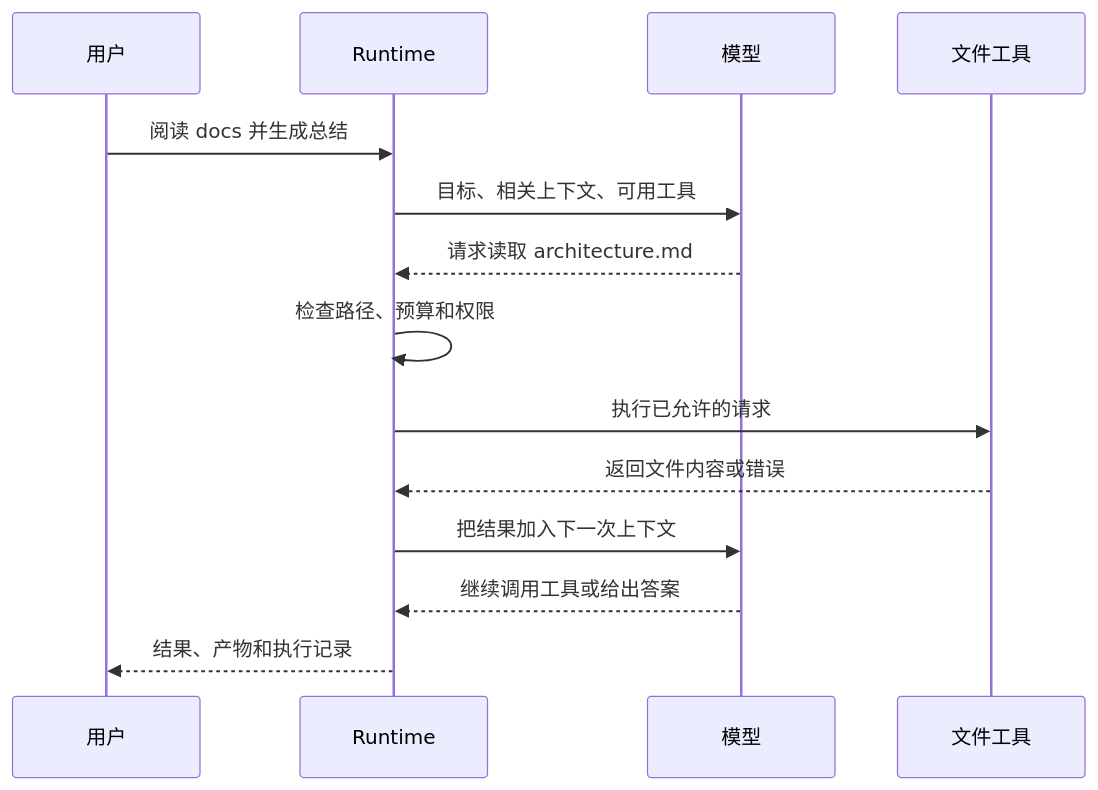
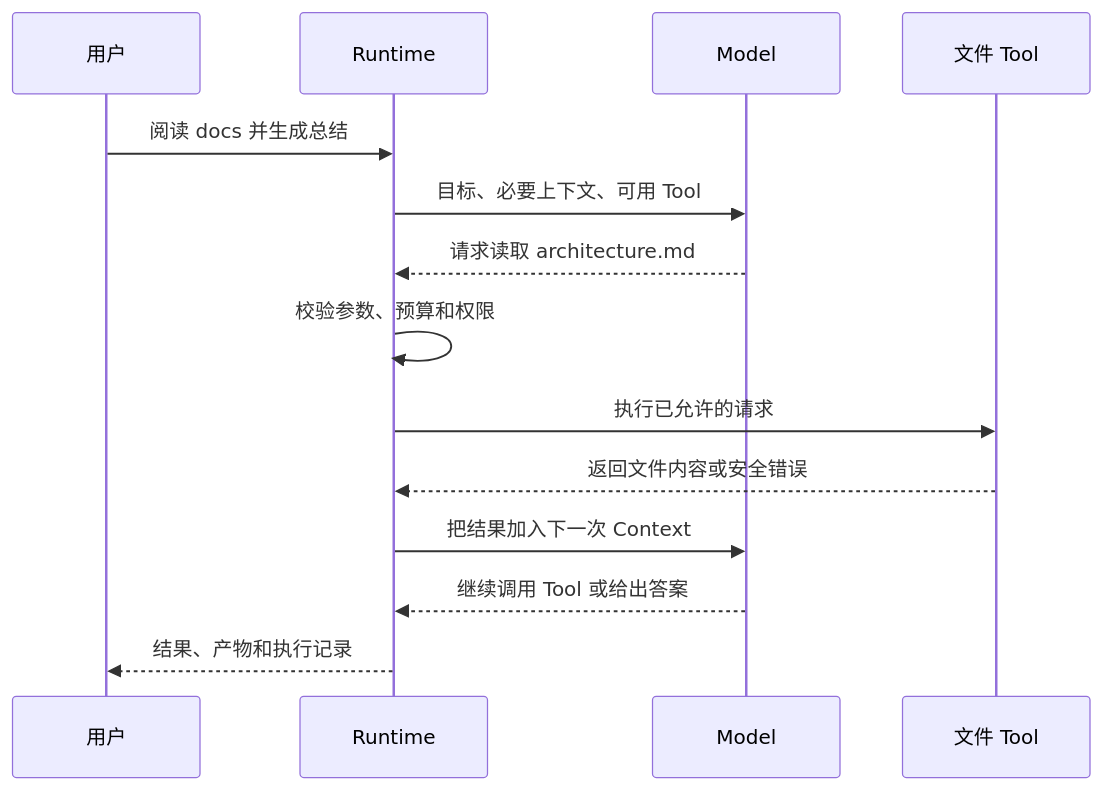
Before and after one commit to CherryYang05/BearAgent: the diagram in site/src/content/docs/zh-cn/learn/agent-basics.md, drawn with Mermaid. The commit also changed other lines of this file and 43 other files, not shown here.

````diff
--- a/site/src/content/docs/zh-cn/learn/agent-basics.md
+++ b/site/src/content/docs/zh-cn/learn/agent-basics.md
@@ -20,17 +25,17 @@
 ```mermaid
 sequenceDiagram
     participant U as 用户
     participant R as Runtime
-    participant M as 模型
-    participant T as 文件工具
+    participant M as Model
+    participant T as 文件 Tool
 
     U->>R: 阅读 docs 并生成总结
-    R->>M: 目标、相关上下文、可用工具
+    R->>M: 目标、必要上下文、可用 Tool
     M-->>R: 请求读取 architecture.md
-    R->>R: 检查路径、预算和权限
+    R->>R: 校验参数、预算和权限
     R->>T: 执行已允许的请求
-    T-->>R: 返回文件内容或错误
-    R->>M: 把结果加入下一次上下文
-    M-->>R: 继续调用工具或给出答案
+    T-->>R: 返回文件内容或安全错误
+    R->>M: 把结果加入下一次 Context
+    M-->>R: 继续调用 Tool 或给出答案
     R-->>U: 结果、产物和执行记录
 ```
````
